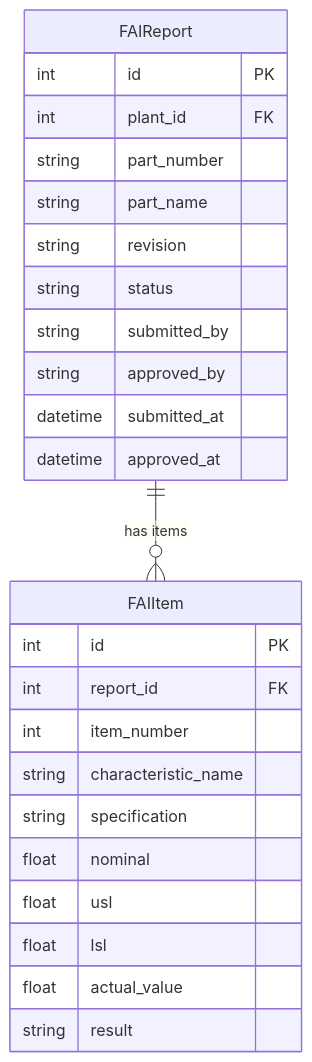
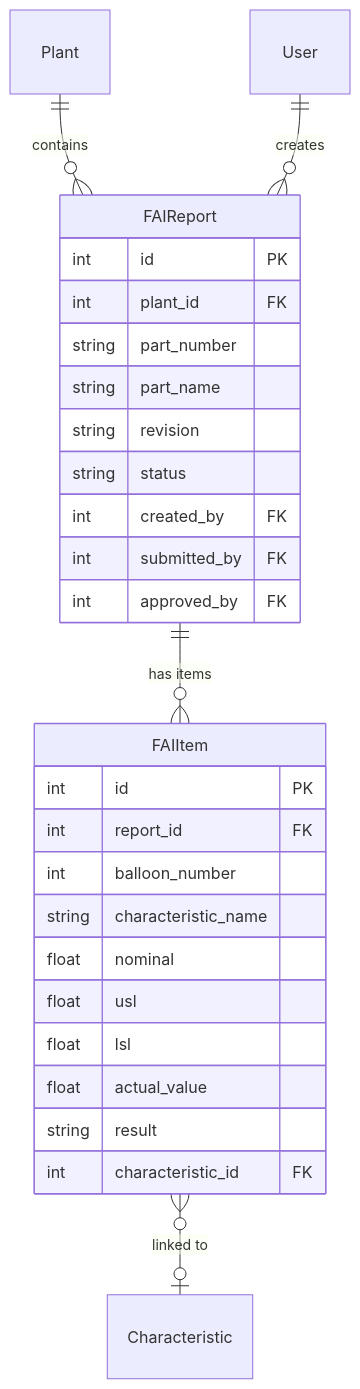
Before and after one commit to saturnis-io/cassini: the second of 2 diagrams in .knowledge/features/fai.md, drawn with Mermaid. The commit also changed other lines of this file and 16 other files, not shown here.

First line of the commit message:
knowledge-graph: regenerate

````diff
--- a/.knowledge/features/fai.md
+++ b/.knowledge/features/fai.md
@@ -26,28 +28,30 @@
 ```mermaid
 erDiagram
     FAIReport ||--o{ FAIItem : "has items"
     FAIReport {
         int id PK
         int plant_id FK
         string part_number
         string part_name
         string revision
         string status
-        string submitted_by
-        string approved_by
-        datetime submitted_at
-        datetime approved_at
+        int created_by FK
+        int submitted_by FK
+        int approved_by FK
     }
     FAIItem {
         int id PK
         int report_id FK
-        int item_number
+        int balloon_number
         string characteristic_name
-        string specification
         float nominal
         float usl
         float lsl
         float actual_value
         string result
+        int characteristic_id FK
     }
+    FAIItem }o--o| Characteristic : "linked to"
+    Plant ||--o{ FAIReport : contains
+    User ||--o{ FAIReport : creates
 ```
````
